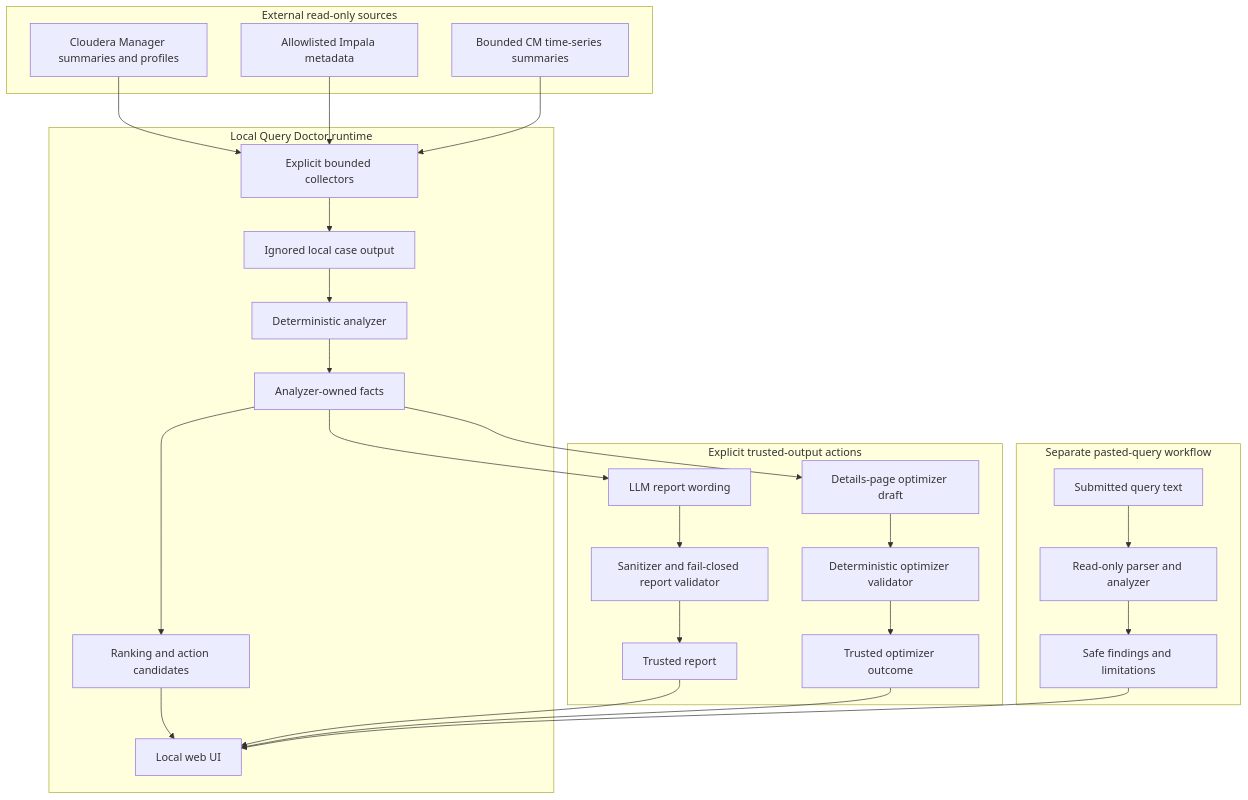
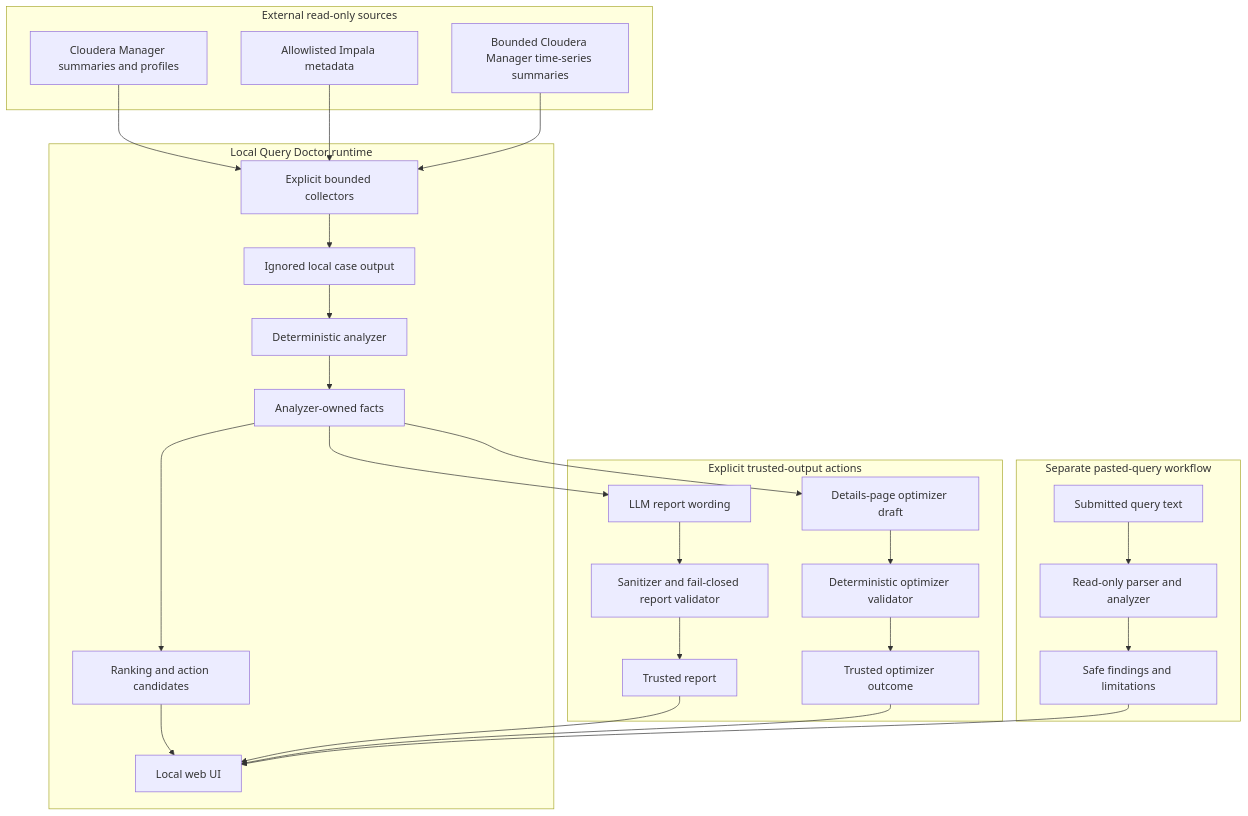
Before and after one commit to alexandrefimov/Query-Doctor: the first of 2 diagrams in docs/architecture.md, drawn with Mermaid. The commit also changed other lines of this file and 45 other files, not shown here.

````diff
--- a/docs/architecture.md
+++ b/docs/architecture.md
@@ -12,52 +12,52 @@
 ```mermaid
 flowchart TD
     subgraph External["External read-only sources"]
         CM[Cloudera Manager summaries and profiles]
         ImpalaMeta[Allowlisted Impala metadata]
-        CMMetrics[Bounded CM time-series summaries]
+        CMMetrics[Bounded Cloudera Manager time-series summaries]
     end
 
     subgraph Local["Local Query Doctor runtime"]
         Collector[Explicit bounded collectors]
         CaseStore[Ignored local case output]
         Analyzer[Deterministic analyzer]
         Facts[Analyzer-owned facts]
         Ranking[Ranking and action candidates]
         WebUI[Local web UI]
     end
 
     subgraph Trust["Explicit trusted-output actions"]
         ReportWriter[LLM report wording]
         ReportValidator[Sanitizer and fail-closed report validator]
         TrustedReport[Trusted report]
         OptimizerDraft[Details-page optimizer draft]
         OptimizerValidator[Deterministic optimizer validator]
         TrustedOptimizer[Trusted optimizer outcome]
     end
 
     subgraph Pasted["Separate pasted-query workflow"]
         PastedInput[Submitted query text]
         QueryParser[Read-only parser and analyzer]
         QueryFindings[Safe findings and limitations]
     end
 
     CM --> Collector
     ImpalaMeta --> Collector
     CMMetrics --> Collector
     Collector --> CaseStore
     CaseStore --> Analyzer
     Analyzer --> Facts
     Facts --> Ranking
     Ranking --> WebUI
     Facts --> ReportWriter
     ReportWriter --> ReportValidator
     ReportValidator --> TrustedReport
     TrustedReport --> WebUI
     Facts --> OptimizerDraft
     OptimizerDraft --> OptimizerValidator
     OptimizerValidator --> TrustedOptimizer
     TrustedOptimizer --> WebUI
     PastedInput --> QueryParser
     QueryParser --> QueryFindings
     QueryFindings --> WebUI
 ```
````
